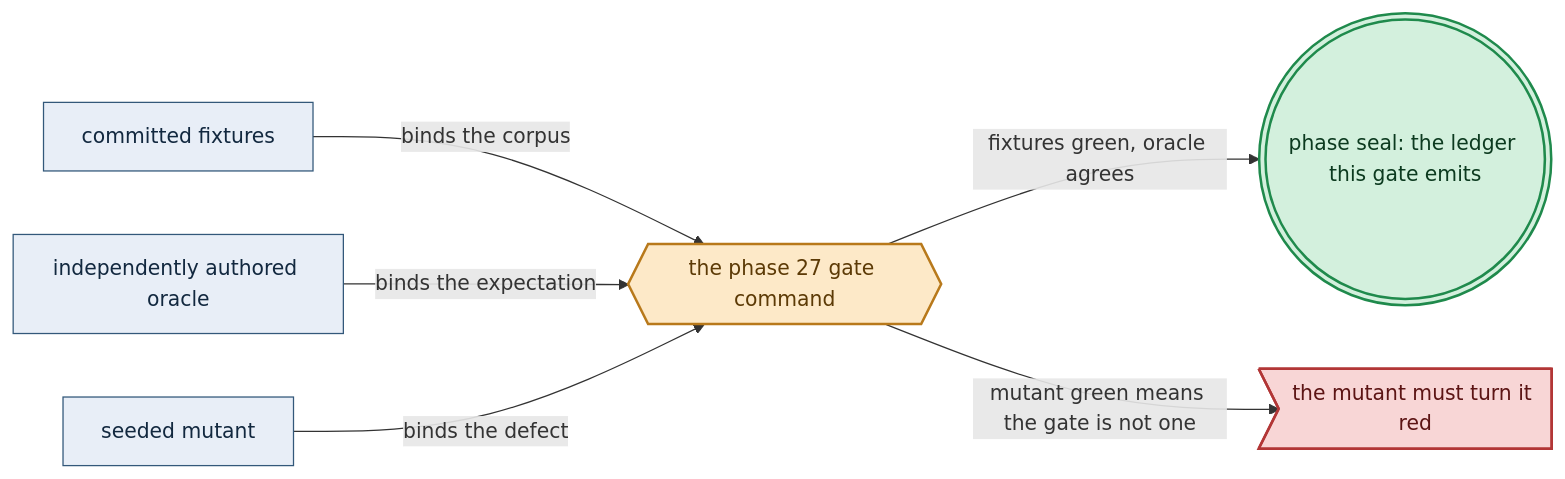
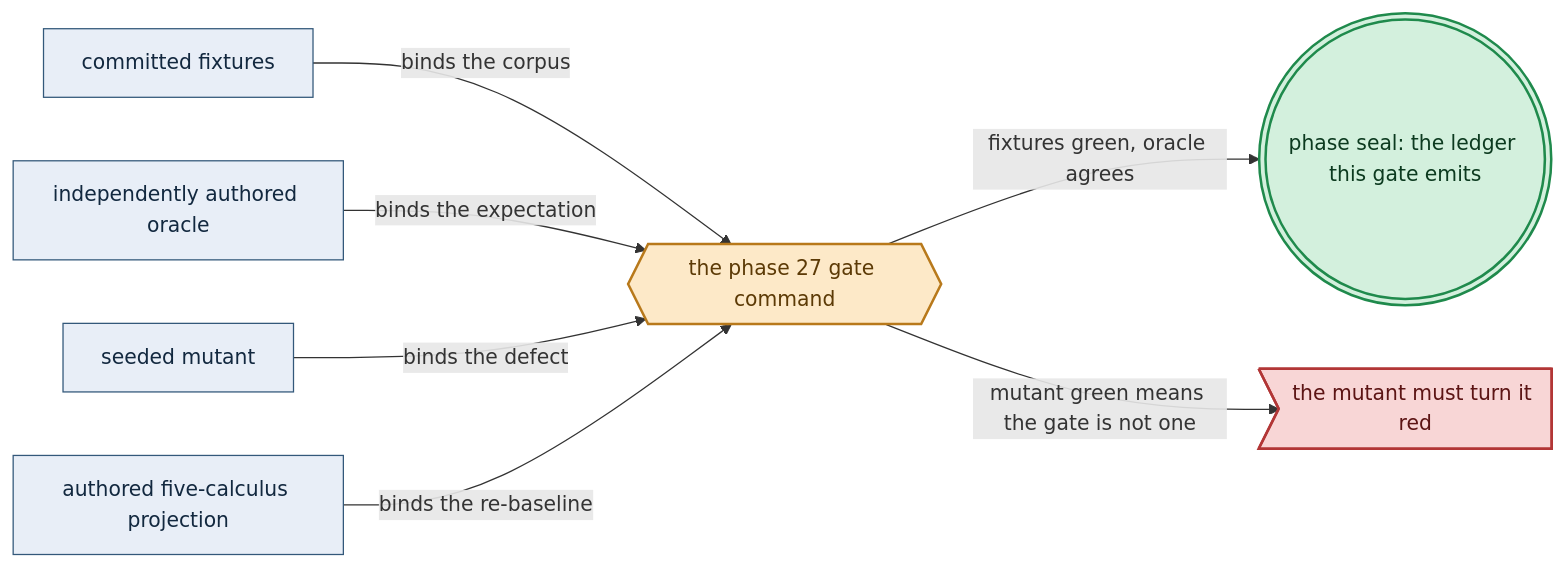
The diagram in DEVELOPMENT_PLAN/phase_27_illegal_state_covering.md (Tuee22/amoebius), drawn with Mermaid before and after one commit. The commit also changed other lines of this file and 618 other files, not shown here.

````diff
--- a/DEVELOPMENT_PLAN/phase_27_illegal_state_covering.md
+++ b/DEVELOPMENT_PLAN/phase_27_illegal_state_covering.md
@@ -152,19 +173,21 @@
 ```mermaid
 flowchart LR
   %% register: algebra
   fx["committed fixtures"]:::intent
   or["independently authored oracle"]:::intent
   mu["seeded mutant"]:::intent
+  calc["authored five-calculus projection"]:::intent
   g{{"the phase 27 gate command"}}:::gate
   ok((("phase seal: the ledger this gate emits"))):::seal
   no>"the mutant must turn it red"]:::refuse
   fx -->|"binds the corpus"| g
   or -->|"binds the expectation"| g
   mu -->|"binds the defect"| g
+  calc -->|"binds the re-baseline"| g
   g -->|"fixtures green, oracle agrees"| ok
   g -->|"mutant green means the gate is not one"| no
   classDef intent   fill:#e8eef7,stroke:#33587a,color:#12283f,stroke-width:1px
   classDef gate     fill:#fde9c8,stroke:#b8791b,color:#5c3a06,stroke-width:2px
   classDef seal     fill:#d3f0dd,stroke:#1f8a4c,color:#0c3a1f,stroke-width:2px
   classDef refuse   fill:#f8d6d6,stroke:#b23636,color:#5c1414,stroke-width:2px
 ```
````
